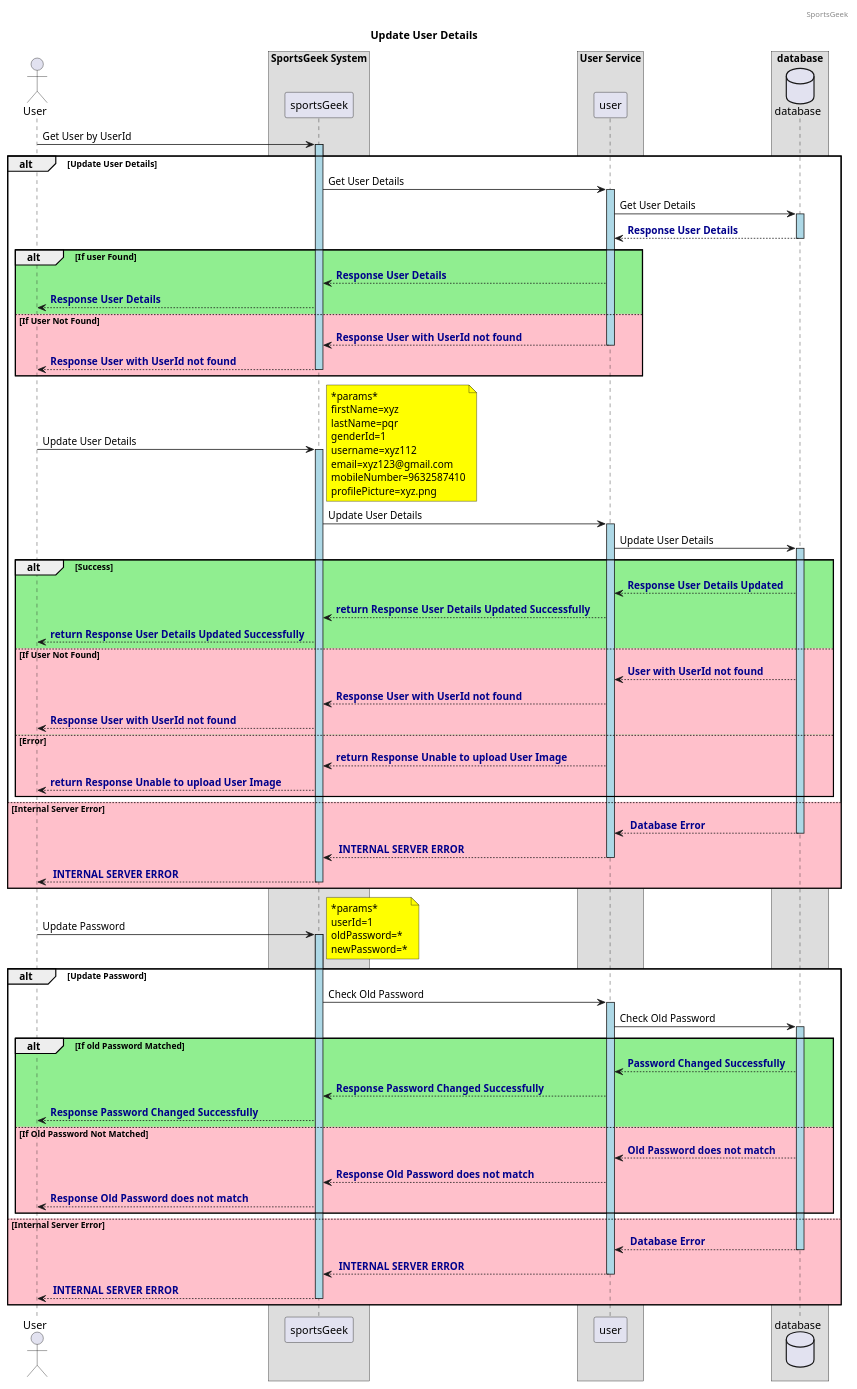
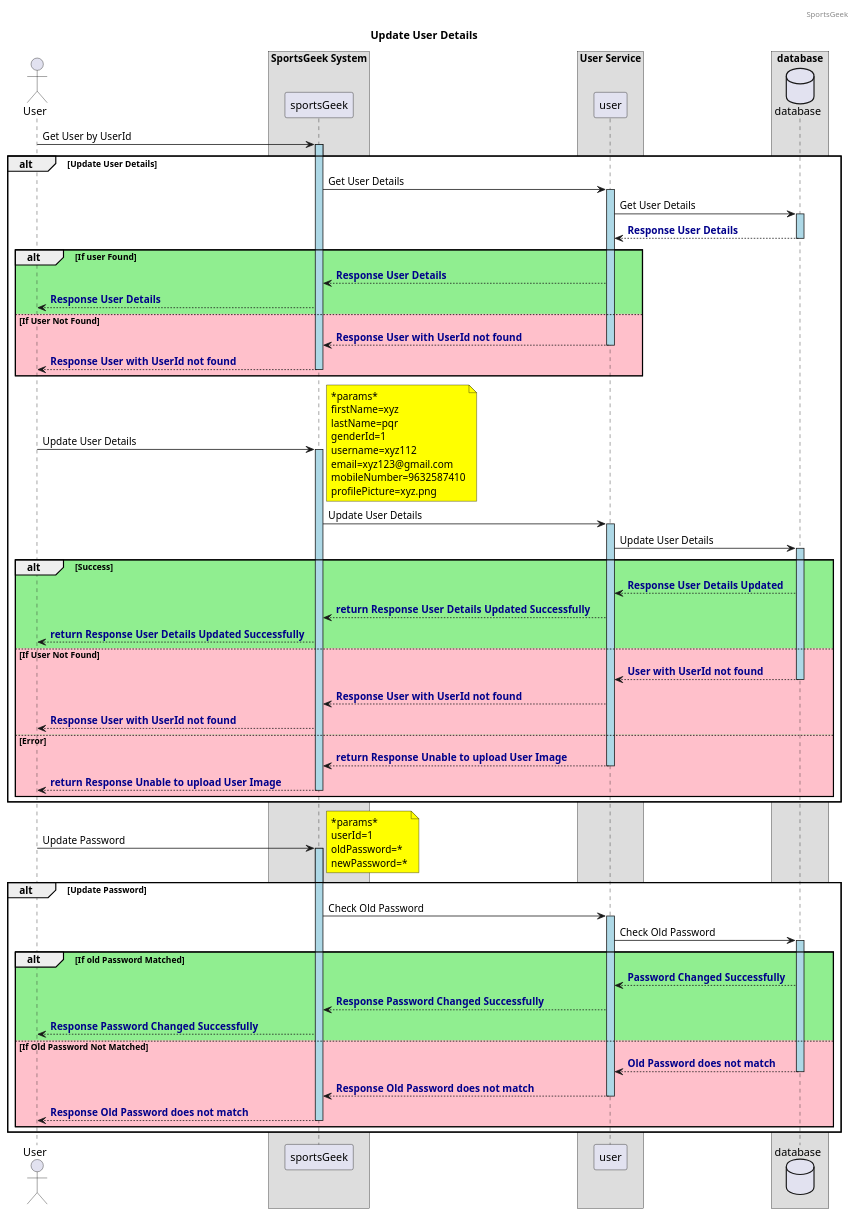
Before and after one commit to suraj903/sportsgeek_backend-1: the diagram in src/doc/sequenceDiagram/UpdateUserDetails.puml, drawn with PlantUML. The commit also changed 19 other files, not shown here.

Commit message:
Sequence Diagram implementation --sajesh

```diff
--- a/src/doc/sequenceDiagram/UpdateUserDetails.puml
+++ b/src/doc/sequenceDiagram/UpdateUserDetails.puml
@@ -1,103 +1,95 @@
 @startuml
 header SportsGeek
 title Update User Details
 skinparam ParticipantPadding 10
 skinparam BoxPadding 20
 actor User
 box "SportsGeek System"
  participant sportsGeek
 end box
 box "User Service"
  participant user
 end box
 box "database"
     database database
 end box
 User -> sportsGeek: Get User by UserId
 activate sportsGeek #lightblue
 alt #white Update User Details
 sportsGeek -> "user" : Get User Details
 activate user #lightblue
     user -> "database" : Get User Details
     activate "database" #lightblue
     "database" --> "user" : <font color=darkblue><b>Response User Details
     deactivate "database"
 alt #lightgreen If user Found
 "user" --> sportsGeek : <font color=darkblue><b>Response User Details
 "sportsGeek" --> User : <font color=darkblue><b>Response User Details
 else #pink If User Not Found
 "user" --> "sportsGeek" : <font color=darkblue><b>Response User with UserId not found
 deactivate "user"
 "sportsGeek" --> User : <font color=darkblue><b>Response User with UserId not found
 deactivate "sportsGeek"
 end alt
 
 
 User -> "sportsGeek": Update User Details
 activate sportsGeek #lightblue
 note right #yellow
     *params*
     firstName=xyz
     lastName=pqr
     genderId=1
     username=xyz112
     email=xyz123@gmail.com
     mobileNumber=9632587410
     profilePicture=xyz.png
     end note
 "sportsGeek" -> "user" : Update User Details
 activate user #lightblue
 user -> "database" : Update User Details
 activate "database" #lightblue
 alt #lightgreen Success
 "database" --> "user" : <font color=darkblue><b>Response User Details Updated
 "user" --> "sportsGeek" : <font color=darkblue><b>return Response User Details Updated Successfully
     "sportsGeek" --> User : <font color=darkblue><b>return Response User Details Updated Successfully
 else #pink If User Not Found
 "database" --> "user" : <font color=darkblue><b>User with UserId not found
+deactivate "database"
 "user" --> "sportsGeek" : <font color=darkblue><b>Response User with UserId not found
 "sportsGeek" --> User : <font color=darkblue><b>Response User with UserId not found
 else #pink Error
 "user" --> "sportsGeek" : <font color=darkblue><b>return Response Unable to upload User Image
+deactivate "user"
 "sportsGeek" --> User : <font color=darkblue><b>return Response Unable to upload User Image
+deactivate "sportsGeek"
 end alt
-else #pink Internal Server Error
-"database" --> "user" : <font color=darkblue><b> Database Error
-deactivate "database"
-"user" --> "sportsGeek" : <font color=darkblue><b> INTERNAL SERVER ERROR
-deactivate "user"
-"sportsGeek" --> User : <font color=darkblue><b> INTERNAL SERVER ERROR
-deactivate "sportsGeek"
 end alt
 
 User -> "sportsGeek": Update Password
 activate sportsGeek #lightblue
 alt #white Update Password
 note right #yellow
     *params*
     userId=1
     oldPassword=*
     newPassword=*
     end note
     "sportsGeek" -> "user" : Check Old Password
     activate user #lightblue
 user -> "database" : Check Old Password
 activate "database" #lightblue
 alt #lightgreen If old Password Matched
 "database" --> "user" : <font color=darkblue><b>Password Changed Successfully
 "user" --> "sportsGeek" : <font color=darkblue><b>Response Password Changed Successfully
     "sportsGeek" --> User : <font color=darkblue><b>Response Password Changed Successfully
 else #pink If Old Password Not Matched
 "database" --> "user" : <font color=darkblue><b>Old Password does not match
+deactivate "database"
 "user" --> "sportsGeek" : <font color=darkblue><b>Response Old Password does not match
+deactivate "user"
 "sportsGeek" --> User : <font color=darkblue><b>Response Old Password does not match
-end alt
-else #pink Internal Server Error
-"database" --> "user" : <font color=darkblue><b> Database Error
-deactivate "database"
-"user" --> "sportsGeek" : <font color=darkblue><b> INTERNAL SERVER ERROR
-deactivate "user"
-"sportsGeek" --> User : <font color=darkblue><b> INTERNAL SERVER ERROR
 deactivate "sportsGeek"
 end alt
+end alt
 @enduml
```
